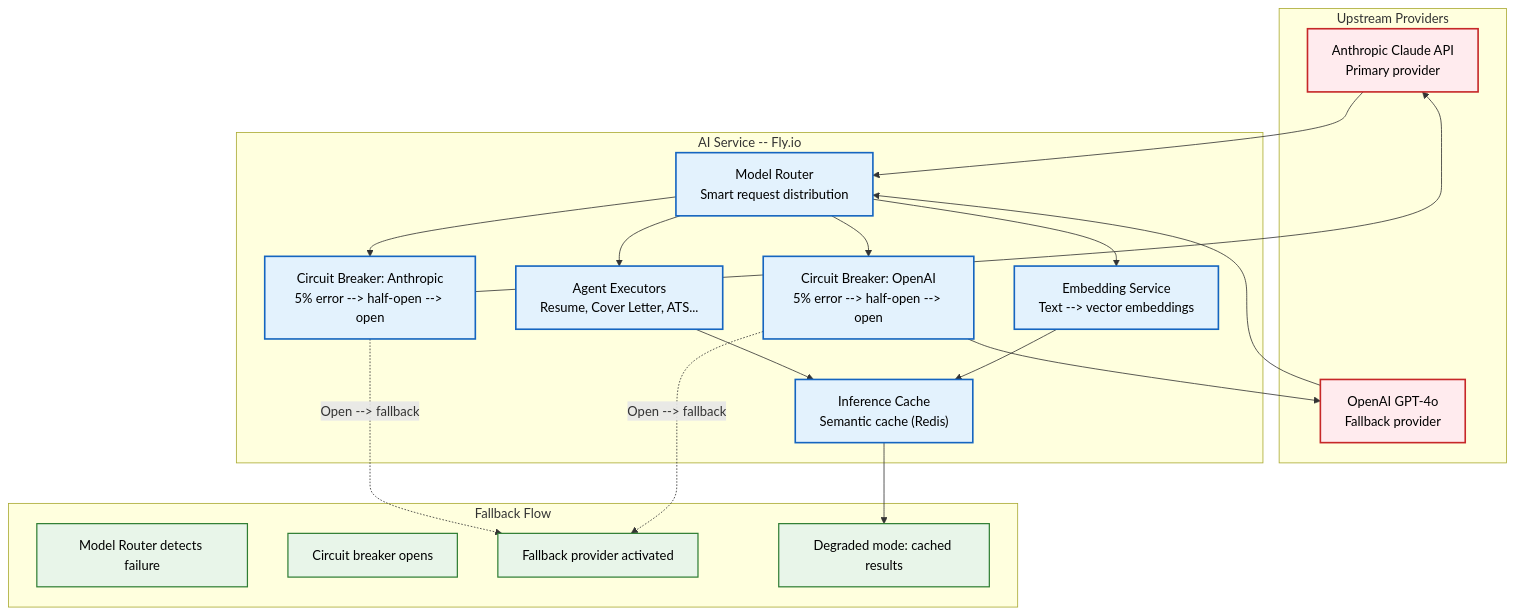
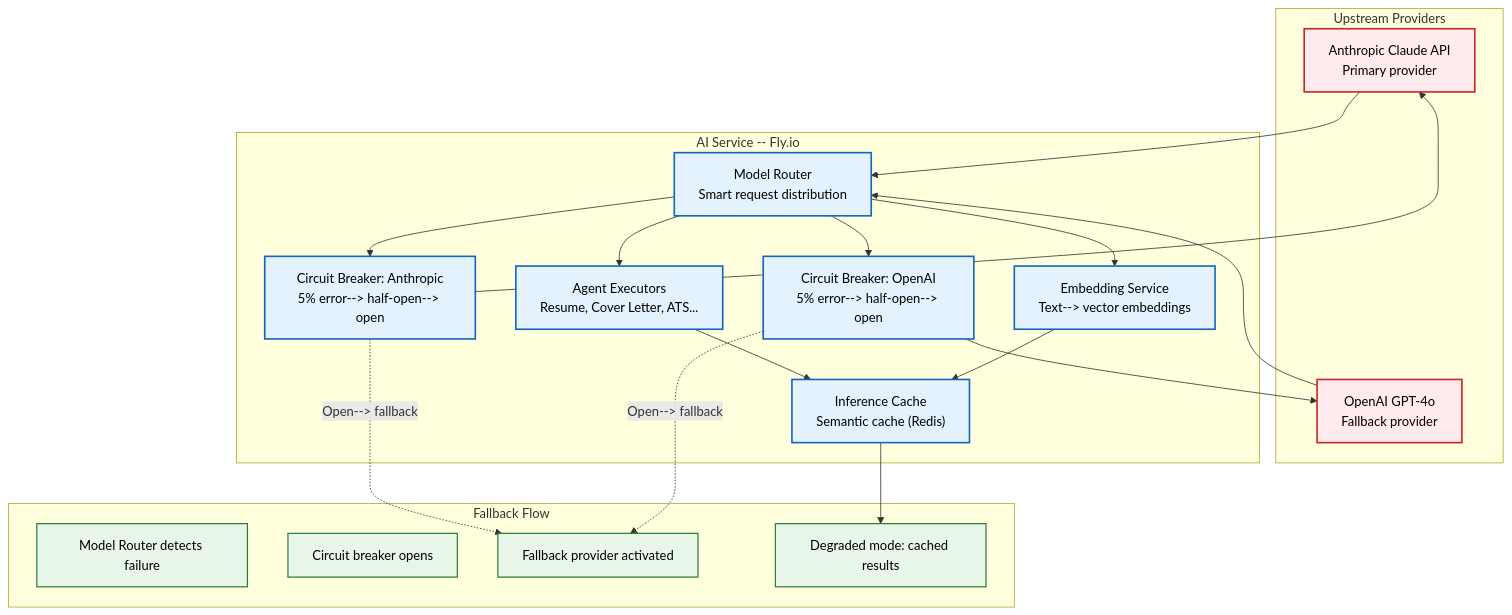
Before and after one commit to Driftloom/Vaeloom: the first of 2 diagrams in docs/operations/Runbooks/AI-Service-Outage.md, drawn with Mermaid. The commit also changed other lines of this file and 694 other files, not shown here.

First line of the commit message:
docs: mermaid standardization — encoding/mermaid/duplicate cleanup

````diff
--- a/docs/operations/Runbooks/AI-Service-Outage.md
+++ b/docs/operations/Runbooks/AI-Service-Outage.md
@@ -19,45 +19,45 @@
 ```mermaid
 graph TD
-    classDef upstream fill:#ffebee,stroke:#c62828,color:#000,stroke-width:2px
-    classDef service fill:#e3f2fd,stroke:#1565c0,color:#000,stroke-width:2px
-    classDef fallback fill:#e8f5e9,stroke:#2e7d32,color:#000,stroke-width:1.5px
-    classDef circuit fill:#fff3e0,stroke:#e65100,color:#000,stroke-width:1.5px
+ classDef upstream fill:#ffebee,stroke:#c62828,color:#000,stroke-width:2px
+ classDef service fill:#e3f2fd,stroke:#1565c0,color:#000,stroke-width:2px
+ classDef fallback fill:#e8f5e9,stroke:#2e7d32,color:#000,stroke-width:1.5px
+ classDef circuit fill:#fff3e0,stroke:#e65100,color:#000,stroke-width:1.5px
 
-    subgraph Upstream["Upstream Providers"]
-        ANTHROPIC["Anthropic Claude API<br/>Primary provider"]
-        OPENAI["OpenAI GPT-4o<br/>Fallback provider"]
-    end
+ subgraph Upstream["Upstream Providers"]
+ ANTHROPIC["Anthropic Claude API<br/>Primary provider"]
+ OPENAI["OpenAI GPT-4o<br/>Fallback provider"]
+ end
 
-    subgraph AI["AI Service -- Fly.io"]
-        ROUTER["Model Router<br/>Smart request distribution"]
-        CB1["Circuit Breaker: Anthropic<br/>5% error --> half-open --> open"]
-        CB2["Circuit Breaker: OpenAI<br/>5% error --> half-open --> open"]
-        AGENTS["Agent Executors<br/>Resume, Cover Letter, ATS..."]
-        EMBED["Embedding Service<br/>Text --> vector embeddings"]
-        CACHE["Inference Cache<br/>Semantic cache (Redis)"]
-    end
+ subgraph AI["AI Service -- Fly.io"]
+ ROUTER["Model Router<br/>Smart request distribution"]
+ CB1["Circuit Breaker: Anthropic<br/>5% error--> half-open--> open"]
+ CB2["Circuit Breaker: OpenAI<br/>5% error--> half-open--> open"]
+ AGENTS["Agent Executors<br/>Resume, Cover Letter, ATS..."]
+ EMBED["Embedding Service<br/>Text--> vector embeddings"]
+ CACHE["Inference Cache<br/>Semantic cache (Redis)"]
+ end
 
-    subgraph Fallback["Fallback Flow"]
-        F1["Model Router detects failure"]
-        F2["Circuit breaker opens"]
-        F3["Fallback provider activated"]
-        F4["Degraded mode: cached results"]
-    end
+ subgraph Fallback["Fallback Flow"]
+ F1["Model Router detects failure"]
+ F2["Circuit breaker opens"]
+ F3["Fallback provider activated"]
+ F4["Degraded mode: cached results"]
+ end
 
-    ANTHROPIC --> ROUTER
-    OPENAI --> ROUTER
-    ROUTER --> CB1 & CB2
-    CB1 --> ANTHROPIC
-    CB2 --> OPENAI
-    ROUTER --> AGENTS & EMBED
-    AGENTS --> CACHE
-    EMBED --> CACHE
+ ANTHROPIC--> ROUTER
+ OPENAI--> ROUTER
+ ROUTER--> CB1 & CB2
+ CB1--> ANTHROPIC
+ CB2--> OPENAI
+ ROUTER--> AGENTS & EMBED
+ AGENTS--> CACHE
+ EMBED--> CACHE
 
-    CB1 -.->|Open --> fallback| F3
-    CB2 -.->|Open --> fallback| F3
-    CACHE --> F4
+ CB1 -.->|Open--> fallback| F3
+ CB2 -.->|Open--> fallback| F3
+ CACHE--> F4
 
-    class ANTHROPIC,OPENAI upstream
-    class ROUTER,CB1,CB2,AGENTS,EMBED,CACHE service
-    class F1,F2,F3,F4 fallback
+ class ANTHROPIC,OPENAI upstream
+ class ROUTER,CB1,CB2,AGENTS,EMBED,CACHE service
+ class F1,F2,F3,F4 fallback
 ```
````
